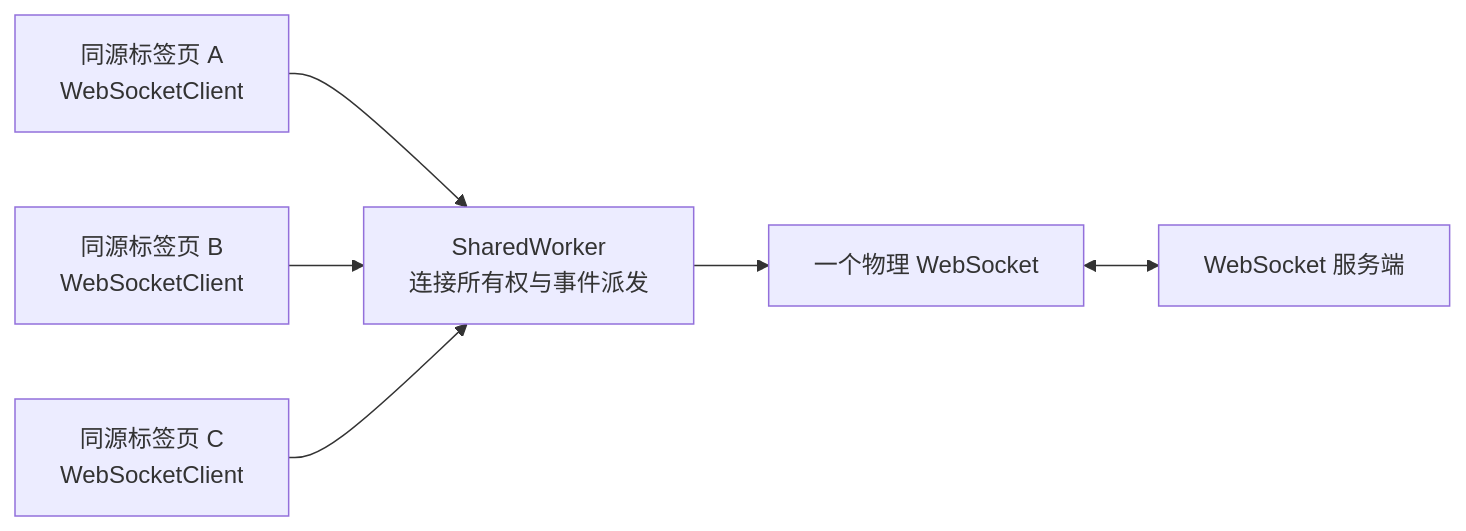
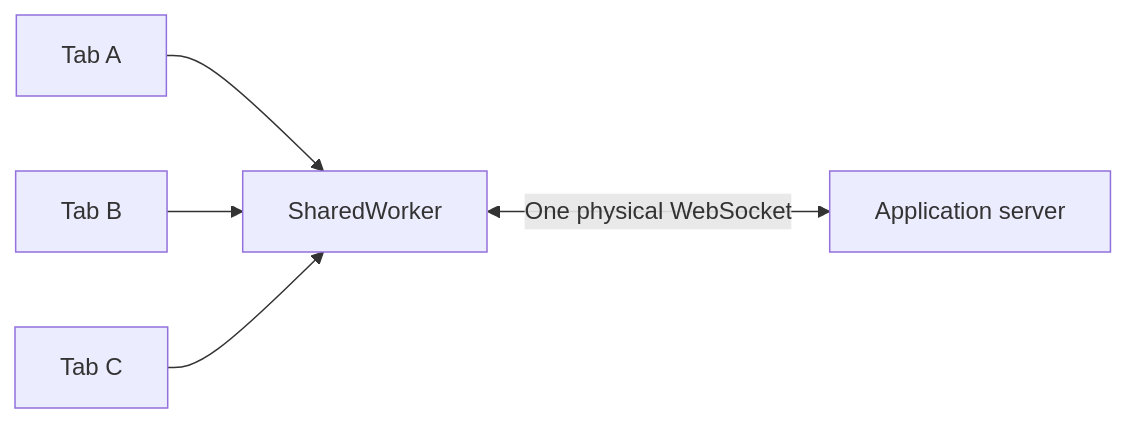
One commit to wh1teAlter/socketfuse changed the diagram in README.md. Above: the diagram before and after it, drawn with Mermaid. The commit also changed other lines of this file and 25 other files, not shown here.

````diff
--- a/README.md
+++ b/README.md
@@ -23,8 +66,7 @@
 ```mermaid
 flowchart LR
-  A[同源标签页 A\nWebSocketClient] --> W[SharedWorker\n连接所有权与事件派发]
-  B[同源标签页 B\nWebSocketClient] --> W
-  C[同源标签页 C\nWebSocketClient] --> W
-  W --> S[一个物理 WebSocket]
-  S <--> R[WebSocket 服务端]
+  A[Tab A] --> W[SharedWorker]
+  B[Tab B] --> W
+  C[Tab C] --> W
+  W <-->|One physical WebSocket| S[Application server]
 ```
````
